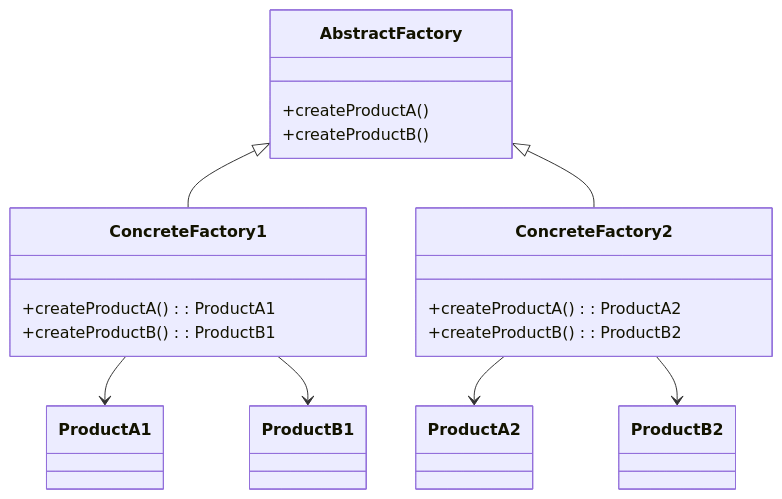
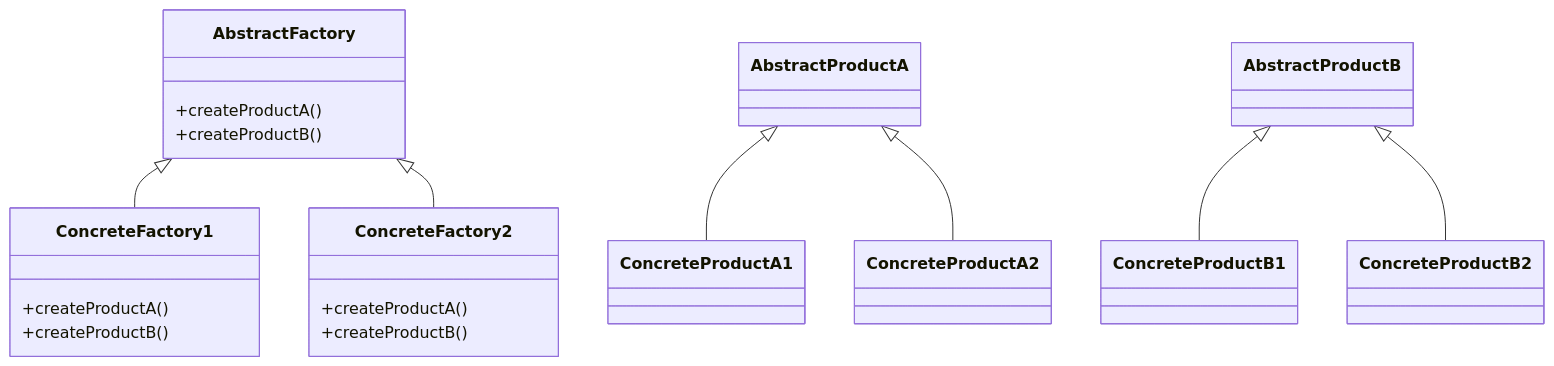
The third of 8 diagrams in articles/_designpattern/01_abstract_factory.md (42jerrykim/42jerrykim.github.io), drawn with Mermaid before and after one commit. The commit also changed other lines of this file and 1 other file, not shown here.

````diff
--- a/articles/_designpattern/01_abstract_factory.md
+++ b/articles/_designpattern/01_abstract_factory.md
@@ -734,29 +318,36 @@
 ```mermaid
 classDiagram
     class AbstractFactory {
         +createProductA()
         +createProductB()
     }
 
     class ConcreteFactory1 {
-        +createProductA() : ProductA1
-        +createProductB() : ProductB1
+        +createProductA()
+        +createProductB()
     }
 
     class ConcreteFactory2 {
-        +createProductA() : ProductA2
-        +createProductB() : ProductB2
+        +createProductA()
+        +createProductB()
     }
 
-    class ProductA1 {}
-    class ProductA2 {}
-    class ProductB1 {}
-    class ProductB2 {}
+    class AbstractProductA
+
+    class AbstractProductB
+
+    class ConcreteProductA1 
+
+    class ConcreteProductA2 
+
+    class ConcreteProductB1 
+
+    class ConcreteProductB2 
 
     AbstractFactory <|-- ConcreteFactory1
     AbstractFactory <|-- ConcreteFactory2
-    ConcreteFactory1 --> ProductA1
-    ConcreteFactory1 --> ProductB1
-    ConcreteFactory2 --> ProductA2
-    ConcreteFactory2 --> ProductB2
+    AbstractProductA <|-- ConcreteProductA1
+    AbstractProductA <|-- ConcreteProductA2
+    AbstractProductB <|-- ConcreteProductB1
+    AbstractProductB <|-- ConcreteProductB2
 ```
````
